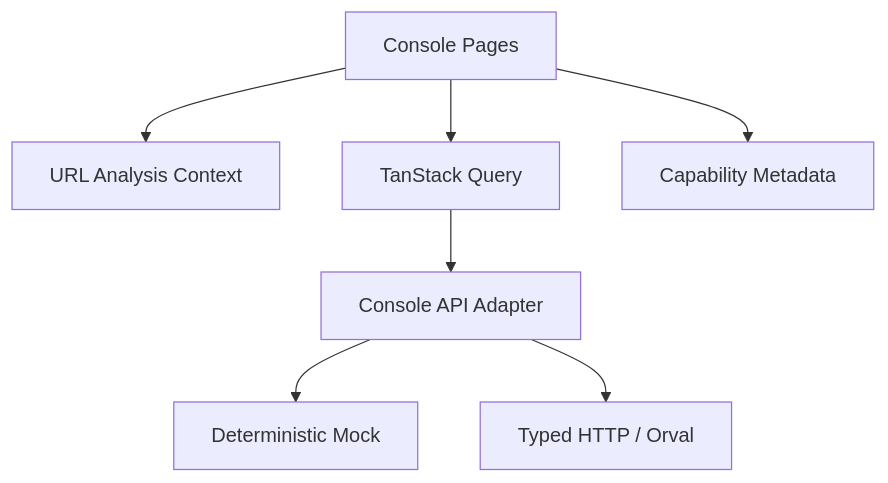
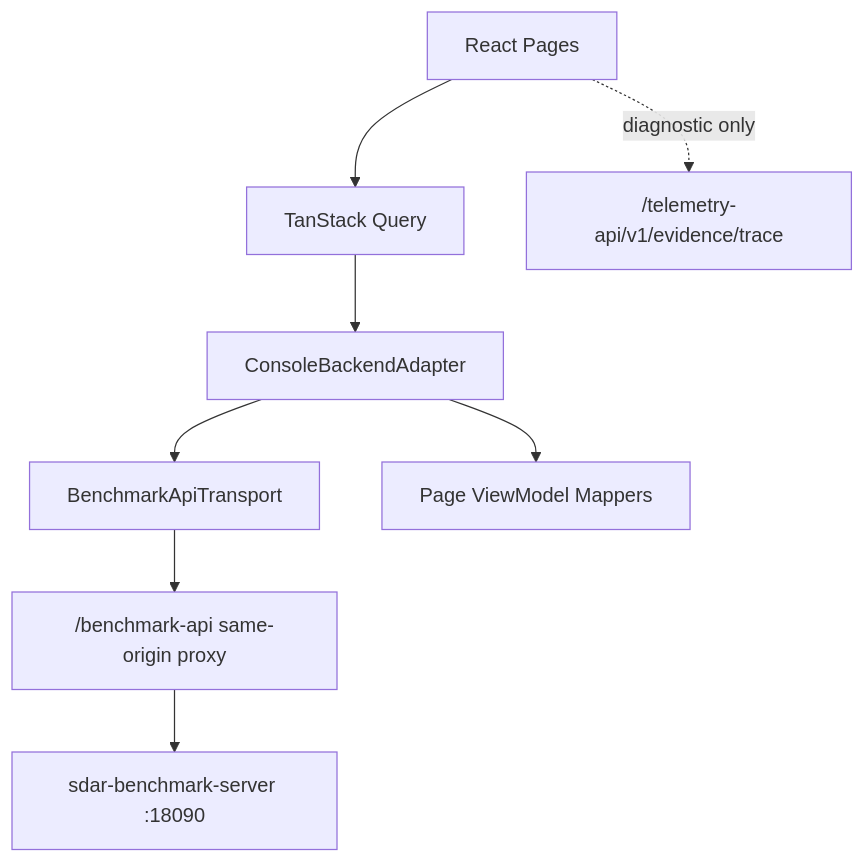
Before and after one commit to zhouwen-giser/SDAR-Benchmark-Console: the diagram in product/docs/ARCHITECTURE.md, drawn with Mermaid. The commit also changed other lines of this file and 1427 other files, not shown here.

````diff
--- a/product/docs/ARCHITECTURE.md
+++ b/product/docs/ARCHITECTURE.md
@@ -16,9 +5,10 @@
 ```mermaid
 flowchart TD
-  UI["Console Pages"] --> Context["URL Analysis Context"]
-  UI --> Query["TanStack Query"]
-  Query --> Adapter["Console API Adapter"]
-  Adapter --> Mock["Deterministic Mock"]
-  Adapter --> HTTP["Typed HTTP / Orval"]
-  UI --> Meta["Capability Metadata"]
+  UI["React Pages"] --> Query["TanStack Query"]
+  Query --> Adapter["ConsoleBackendAdapter"]
+  Adapter --> Transport["BenchmarkApiTransport"]
+  Transport --> Proxy["/benchmark-api same-origin proxy"]
+  Proxy --> Server["sdar-benchmark-server :18090"]
+  Adapter --> Mapper["Page ViewModel Mappers"]
+  UI -. diagnostic only .-> Telemetry["/telemetry-api/v1/evidence/trace"]
 ```
````
